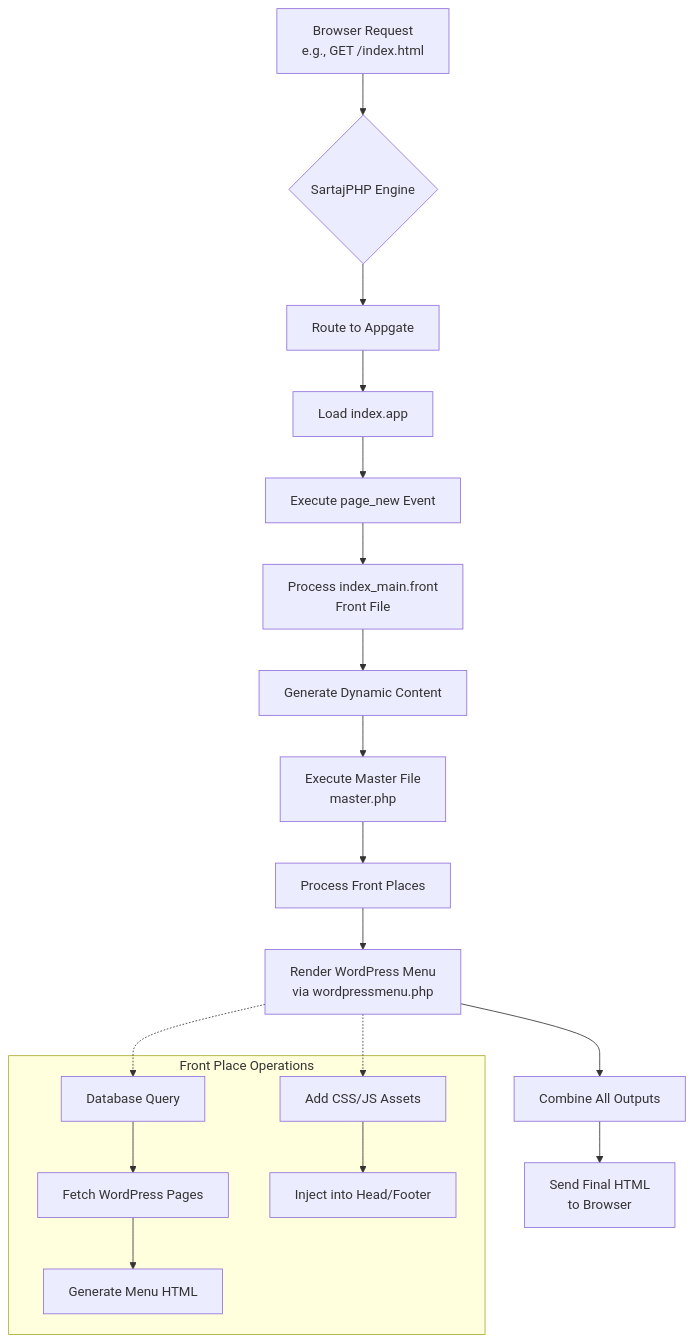
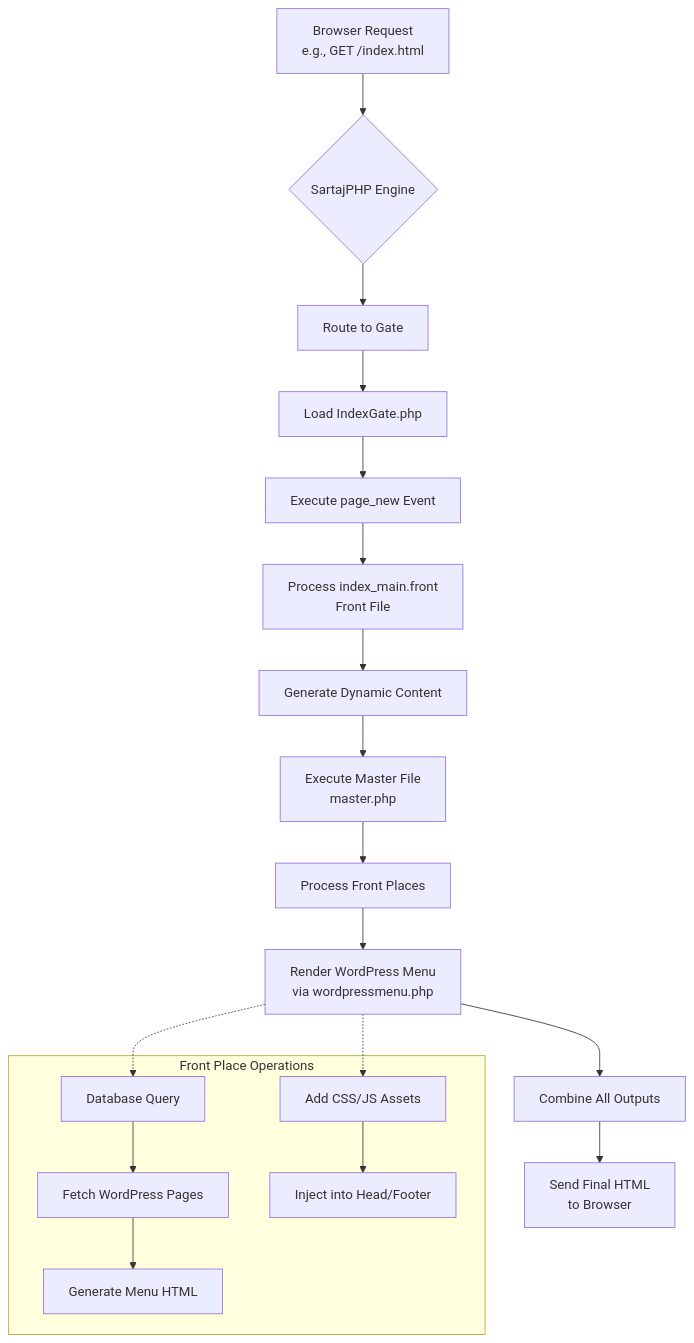
One commit to sartaj-sphp/SartajPHP-Framework changed the first of 2 diagrams in res/Score/rag/samples/how_sartajphp_app_work.md. Above: the diagram before and after it, drawn with Mermaid. The commit also changed other lines of this file and 380 other files, not shown here.

Commit message:
Update Gate as Part of Application and all Browser Requests to land directly to Specific Gate and Main Web Class in \Sphp\tools\BasicGate and BasicApp is removed in favour of confusing word App

````diff
--- a/res/Score/rag/samples/how_sartajphp_app_work.md
+++ b/res/Score/rag/samples/how_sartajphp_app_work.md
@@ -8,27 +8,27 @@
 ```mermaid
 flowchart TD
     A[Browser Request<br>e.g., GET /index.html] --> B{SartajPHP Engine}
     
-    B --> C[Route to Appgate]
-    C --> D[Load index.app]
+    B --> C[Route to Gate]
+    C --> D[Load IndexGate.php]
     D --> E[Execute page_new Event]
     
     E --> F[Process index_main.front<br>Front File]
     F --> G[Generate Dynamic Content]
     
     G --> H[Execute Master File<br>master.php]
     H --> I[Process Front Places]
     I --> J[Render WordPress Menu<br>via wordpressmenu.php]
     
     J --> K[Combine All Outputs]
     K --> L[Send Final HTML<br>to Browser]
     
     subgraph "Front Place Operations"
         M[Database Query] --> N[Fetch WordPress Pages]
         N --> O[Generate Menu HTML]
         P[Add CSS/JS Assets] --> Q[Inject into Head/Footer]
     end
     
     J -.-> M
     J -.-> P
 ```
````
